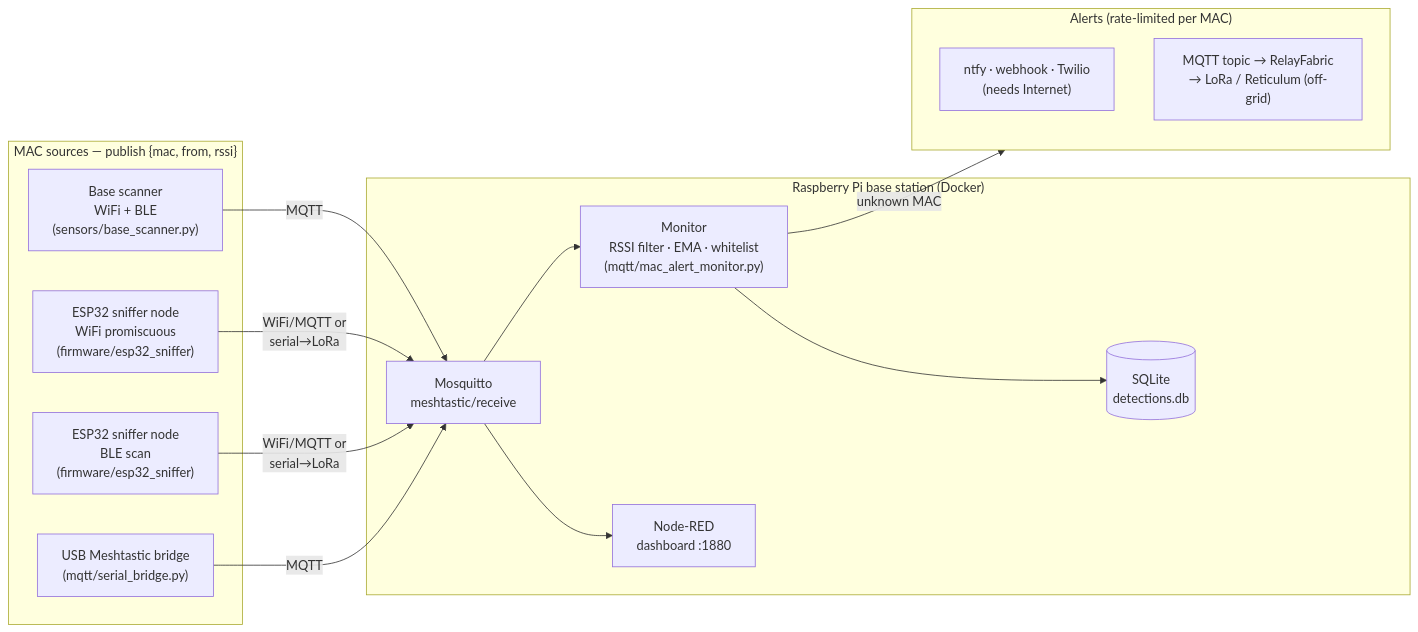
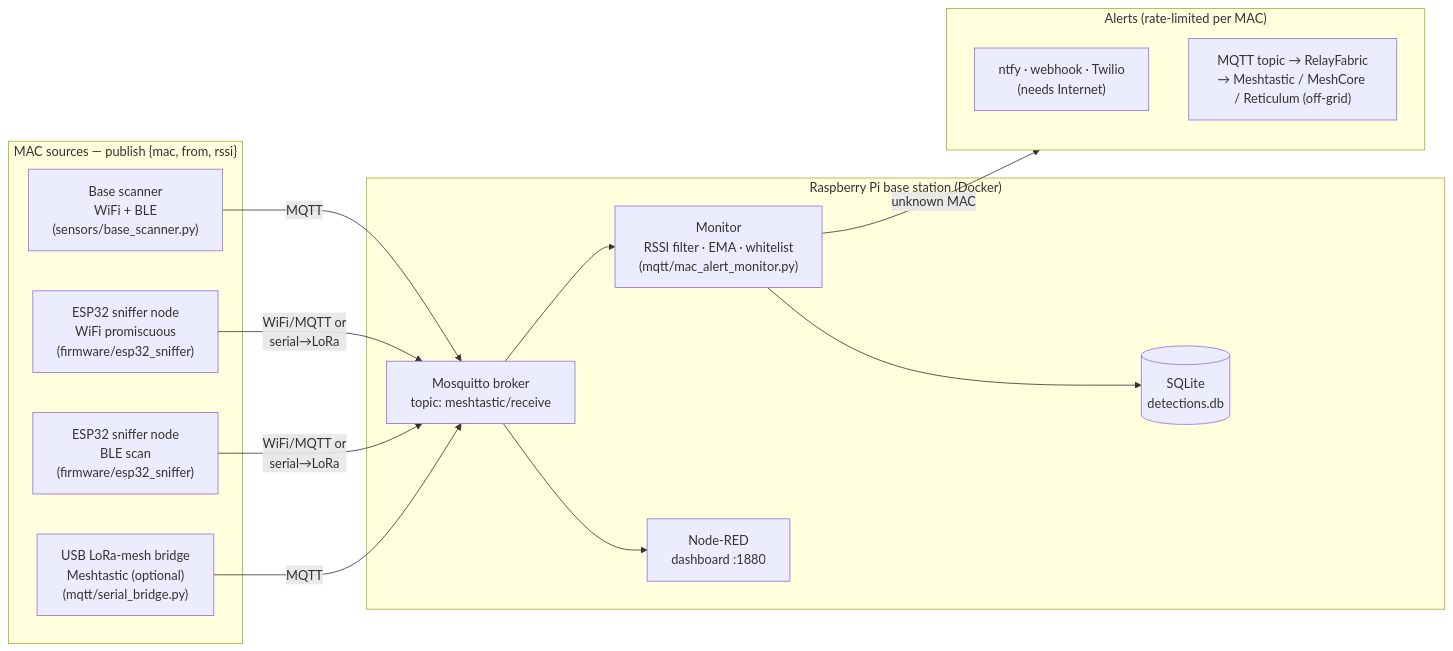
Before and after one commit to OutandBack/meshtripwire: the diagram in README.md, drawn with Mermaid. The commit also changed other lines of this file and 1 other file, not shown here.

First line of the commit message:
Reframe LoRa mesh as optional backhaul (Meshtastic/MeshCore/Reticulum)

````diff
--- a/README.md
+++ b/README.md
@@ -9,30 +9,30 @@
 ```mermaid
 flowchart LR
     subgraph sensors["MAC sources — publish {mac, from, rssi}"]
         S1["Base scanner<br/>WiFi + BLE<br/>(sensors/base_scanner.py)"]
         S2["ESP32 sniffer node<br/>WiFi promiscuous<br/>(firmware/esp32_sniffer)"]
         S4["ESP32 sniffer node<br/>BLE scan<br/>(firmware/esp32_sniffer)"]
-        S3["USB Meshtastic bridge<br/>(mqtt/serial_bridge.py)"]
+        S3["USB LoRa-mesh bridge<br/>Meshtastic (optional)<br/>(mqtt/serial_bridge.py)"]
     end
 
     S1 -->|MQTT| BROKER
     S2 -->|WiFi/MQTT or<br/>serial→LoRa| BROKER
     S4 -->|WiFi/MQTT or<br/>serial→LoRa| BROKER
     S3 -->|MQTT| BROKER
 
     subgraph base["Raspberry Pi base station (Docker)"]
-        BROKER["Mosquitto<br/>meshtastic/receive"]
+        BROKER["Mosquitto broker<br/>topic: meshtastic/receive"]
         MON["Monitor<br/>RSSI filter · EMA · whitelist<br/>(mqtt/mac_alert_monitor.py)"]
         DB[("SQLite<br/>detections.db")]
         NR["Node-RED<br/>dashboard :1880"]
         BROKER --> MON
         BROKER --> NR
         MON --> DB
     end
 
     MON -->|unknown MAC| ALERTS
     subgraph ALERTS["Alerts (rate-limited per MAC)"]
         A1["ntfy · webhook · Twilio<br/>(needs Internet)"]
-        A2["MQTT topic → RelayFabric<br/>→ LoRa / Reticulum (off-grid)"]
+        A2["MQTT topic → RelayFabric<br/>→ Meshtastic / MeshCore / Reticulum (off-grid)"]
     end
 ```
````
